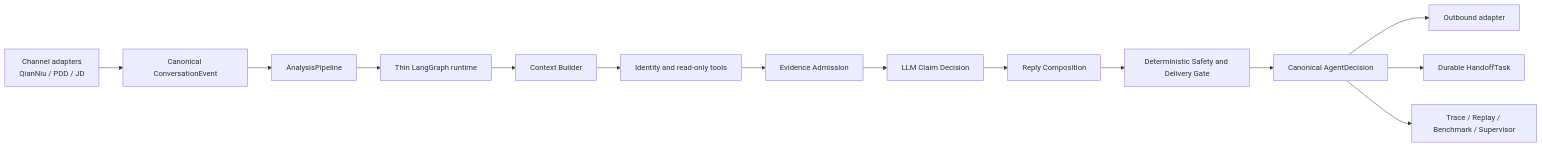
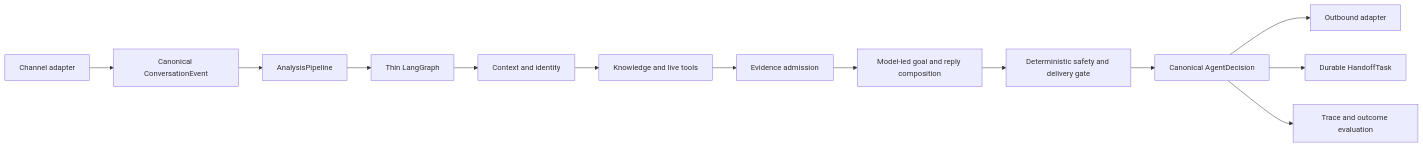
The diagram in copilot/docs/architecture-overview.md (answertsundere/inhe-copilot), drawn with Mermaid before and after one commit. The commit also changed other lines of this file and 5 other files, not shown here.

````diff
--- a/copilot/docs/architecture-overview.md
+++ b/copilot/docs/architecture-overview.md
@@ -57,16 +43,15 @@
 ```mermaid
 flowchart LR
-    A["Channel adapters<br/>QianNiu / PDD / JD"] --> B["Canonical ConversationEvent"]
+    A["Channel adapter"] --> B["Canonical ConversationEvent"]
     B --> C["AnalysisPipeline"]
-    C --> D["Thin LangGraph runtime"]
-    D --> E["Context Builder"]
-    E --> F["Identity and read-only tools"]
-    F --> G["Evidence Admission"]
-    G --> H["LLM Claim Decision"]
-    H --> I["Reply Composition"]
-    I --> J["Deterministic Safety and Delivery Gate"]
-    J --> K["Canonical AgentDecision"]
-    K --> L["Outbound adapter"]
-    K --> M["Durable HandoffTask"]
-    K --> N["Trace / Replay / Benchmark / Supervisor"]
+    C --> D["Thin LangGraph"]
+    D --> E["Context and identity"]
+    E --> F["Knowledge and live tools"]
+    F --> G["Evidence admission"]
+    G --> H["Model-led goal and reply composition"]
+    H --> I["Deterministic safety and delivery gate"]
+    I --> J["Canonical AgentDecision"]
+    J --> K["Outbound adapter"]
+    J --> L["Durable HandoffTask"]
+    J --> M["Trace and outcome evaluation"]
 ```
````
